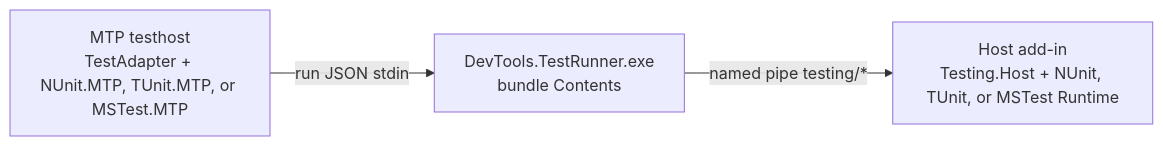
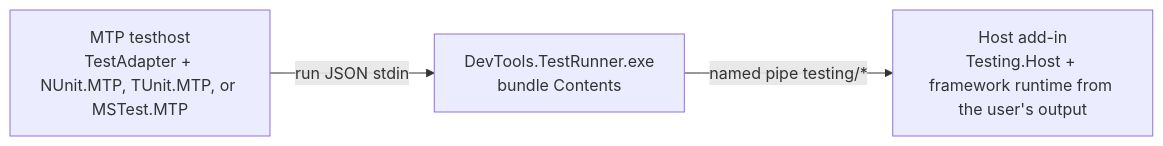
The diagram in docs/architecture/Testing/README.md (trgiangv/RevitDevTool), drawn with Mermaid before and after one commit. The commit also changed other lines of this file and 41 other files, not shown here.

First line of the commit message:
refactor(testing): remove the add-in's framework runtime path and document the new one

````diff
--- a/docs/architecture/Testing/README.md
+++ b/docs/architecture/Testing/README.md
@@ -188,9 +188,9 @@
 ```mermaid
 flowchart LR
   Testhost["MTP testhost\nTestAdapter + NUnit.MTP, TUnit.MTP, or MSTest.MTP"]
   Runner["DevTools.TestRunner.exe\nbundle Contents"]
-  Host["Host add-in\nTesting.Host + NUnit, TUnit, or MSTest Runtime"]
+  Host["Host add-in\nTesting.Host + framework runtime from the user's output"]
 
   Testhost -->|"run JSON stdin"| Runner
   Runner -->|"named pipe testing/*"| Host
 ```
````
